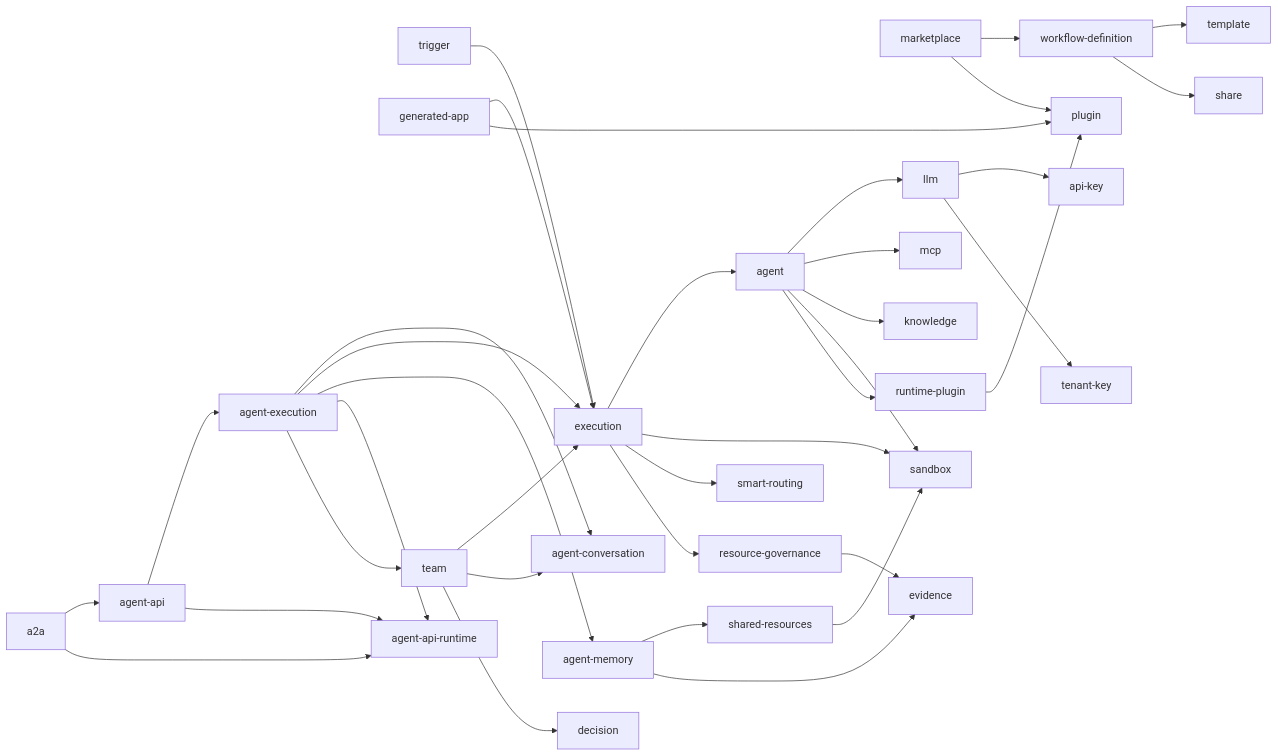
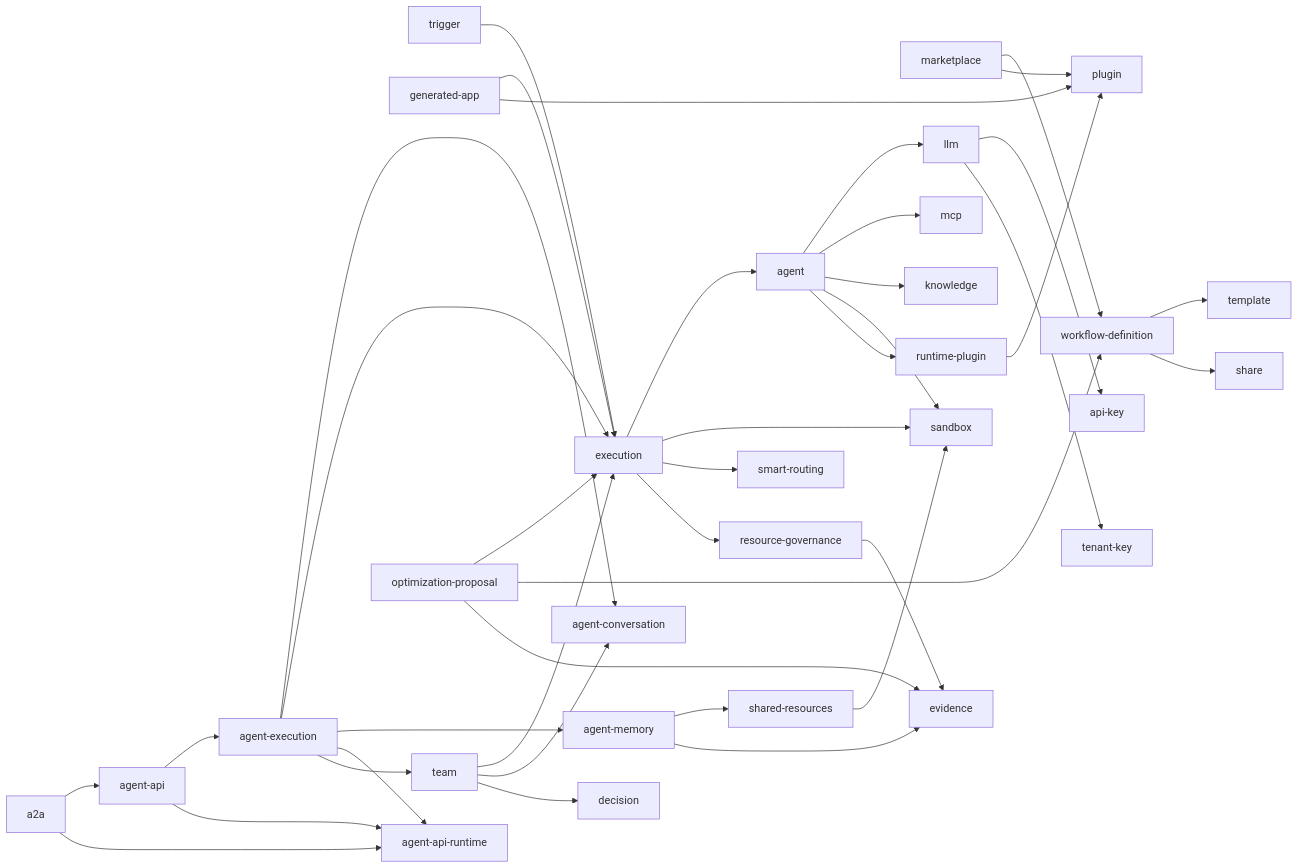
One commit to Lynricsy/AgentLoom changed the diagram in agentloom-docs/dev/server/index.md. Above: the diagram before and after it, drawn with Mermaid. The commit also changed other lines of this file and 14 other files, not shown here.

Commit message:
docs(optimization-proposal): 📝 ADR-0006、配置优化提案指南与服务端/队列/数据库文档

````diff
--- a/agentloom-docs/dev/server/index.md
+++ b/agentloom-docs/dev/server/index.md
@@ -220,38 +216,41 @@
 ```mermaid
 graph LR
     WD[workflow-definition] --> TPL[template]
     WD --> SH[share]
     TR[trigger] --> EX[execution]
     GA[generated-app] --> EX
     GA --> PL[plugin]
     MK[marketplace] --> WD
     MK --> PL
     EX --> AG[agent]
     EX --> SB[sandbox]
     EX --> SR[smart-routing]
     EX --> RG[resource-governance]
     AG --> LLM[llm]
     AG --> MCP[mcp]
     AG --> KN[knowledge]
     AG --> SB
     AG --> RP[runtime-plugin]
     RP --> PL
     LLM --> AK[api-key]
     LLM --> TK[tenant-key]
     AE[agent-execution] --> AC[agent-conversation]
     AE --> EX
     AE --> AM[agent-memory]
     AE --> AAR[agent-api-runtime]
     AE --> TM[team]
     TM --> EX
     TM --> AC
     TM --> DEC[decision]
     API[agent-api] --> AE
     API --> AAR
     A2A[a2a] --> API
     A2A --> AAR
     AM --> SHR[shared-resources]
     SHR --> SB
     RG --> EV[evidence]
     AM --> EV
+    OP[optimization-proposal] --> EX
+    OP --> WD
+    OP --> EV
 ```
````
